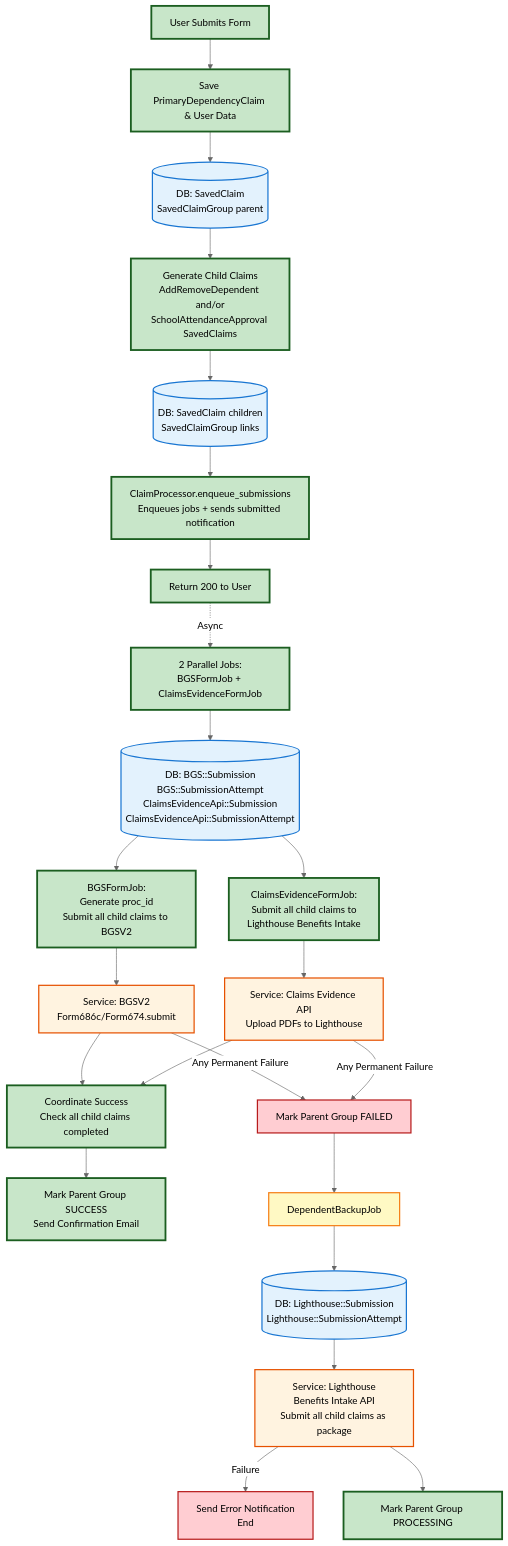
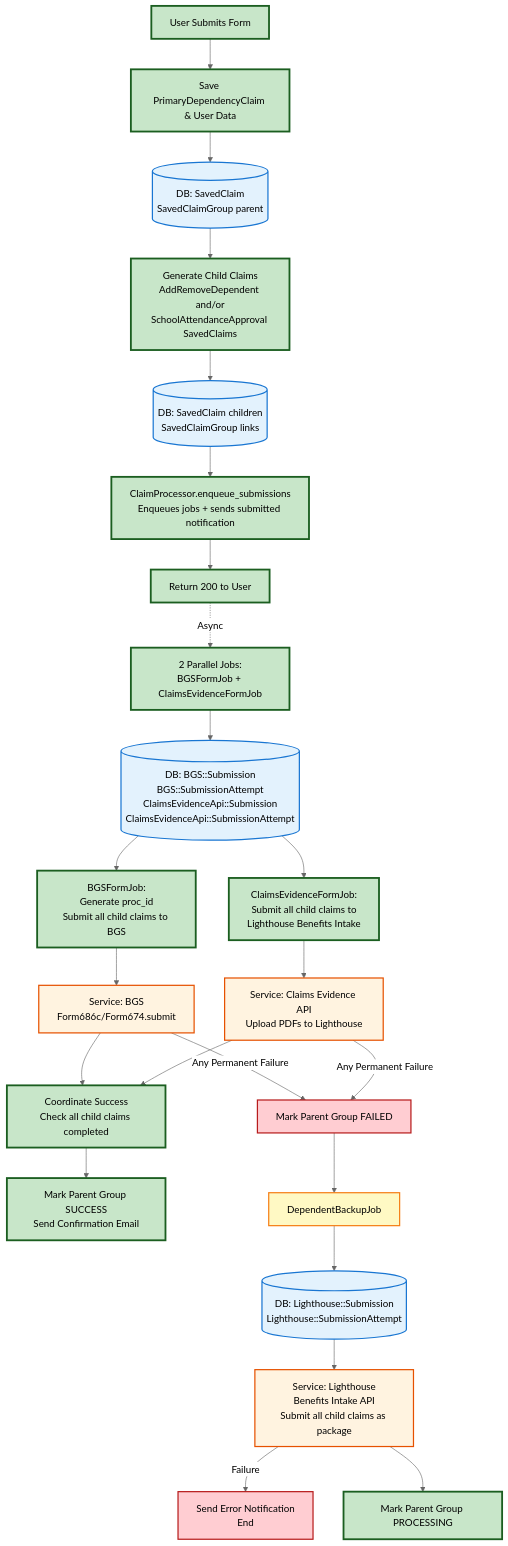
The diagram in modules/dependents_benefits/documentation/data_flow_diagrams/full_data_flow.md (department-of-veterans-affairs/vets-api), drawn with Mermaid (neutral theme) before and after one commit. The commit also changed other lines of this file and 88 other files, not shown here.

````diff
--- a/modules/dependents_benefits/documentation/data_flow_diagrams/full_data_flow.md
+++ b/modules/dependents_benefits/documentation/data_flow_diagrams/full_data_flow.md
@@ -11,45 +11,45 @@
 ```mermaid
 graph TD
     Start[User Submits Form] --> SaveClaim[Save PrimaryDependencyClaim & User Data]
     SaveClaim --> DB1[(DB: SavedClaim<br/>SavedClaimGroup parent)]
     DB1 --> GenChildren[Generate Child Claims<br/>AddRemoveDependent and/or<br/>SchoolAttendanceApproval SavedClaims]
     GenChildren --> DB2[(DB: SavedClaim children<br/>SavedClaimGroup links)]
     DB2 --> Enqueue[ClaimProcessor.enqueue_submissions<br/>Enqueues jobs + sends submitted notification]
     Enqueue --> Return[Return 200 to User]
     
     Return -.Async.-> ParallelJobs[2 Parallel Jobs:<br/>BGSFormJob + ClaimsEvidenceFormJob]
     ParallelJobs --> DB3[(DB: BGS::Submission<br/>BGS::SubmissionAttempt<br/>ClaimsEvidenceApi::Submission<br/>ClaimsEvidenceApi::SubmissionAttempt)]
     
-    DB3 --> BGSFlow[BGSFormJob:<br/>Generate proc_id<br/>Submit all child claims to BGSV2]
+    DB3 --> BGSFlow[BGSFormJob:<br/>Generate proc_id<br/>Submit all child claims to BGS]
     DB3 --> ClaimsFlow[ClaimsEvidenceFormJob:<br/>Submit all child claims to<br/>Lighthouse Benefits Intake]
     
-    BGSFlow --> BGSService[Service: BGSV2<br/>Form686c/Form674.submit]
+    BGSFlow --> BGSService[Service: BGS<br/>Form686c/Form674.submit]
     ClaimsFlow --> ClaimsService[Service: Claims Evidence API<br/>Upload PDFs to Lighthouse]
     
     BGSService -->|Any Permanent Failure| JobFail[Mark Parent Group FAILED]
     ClaimsService -->|Any Permanent Failure| JobFail
     
     BGSService --> Coordinate[Coordinate Success<br/>Check all child claims completed]
     ClaimsService --> Coordinate
     
     Coordinate --> MarkSuccess[Mark Parent Group SUCCESS<br/>Send Confirmation Email]
     
     JobFail --> Backup[DependentBackupJob]
     Backup --> DB5[(DB: Lighthouse::Submission<br/>Lighthouse::SubmissionAttempt)]
     DB5 --> BackupService[Service: Lighthouse<br/>Benefits Intake API<br/>Submit all child claims as package]
     BackupService -->|Failure| BackupFail[Send Error Notification<br/>End]
     BackupService --> BackupSuccess[Mark Parent Group PROCESSING]
     
     %% Styling
     classDef mainPath fill:#c8e6c9,stroke:#1b5e20,stroke-width:3px
     classDef database fill:#e3f2fd,stroke:#1976d2,stroke-width:2px
     classDef service fill:#fff3e0,stroke:#e65100,stroke-width:2px
     classDef failure fill:#ffcdd2,stroke:#b71c1c,stroke-width:2px
     classDef backup fill:#fff9c4,stroke:#f57f17,stroke-width:2px
     
     class Start,SaveClaim,GenChildren,Enqueue,Return,ParallelJobs,BGSFlow,ClaimsFlow,Coordinate,MarkSuccess,BackupSuccess mainPath
     class DB1,DB2,DB3,DB5 database
     class BGSService,ClaimsService,BackupService service
     class JobFail,BackupFail failure
     class Backup backup
 ```
````
